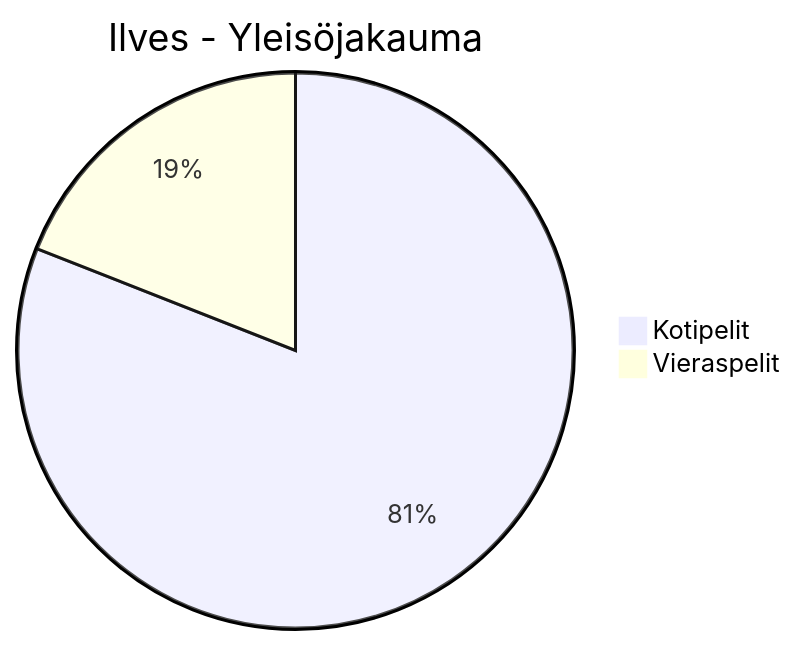
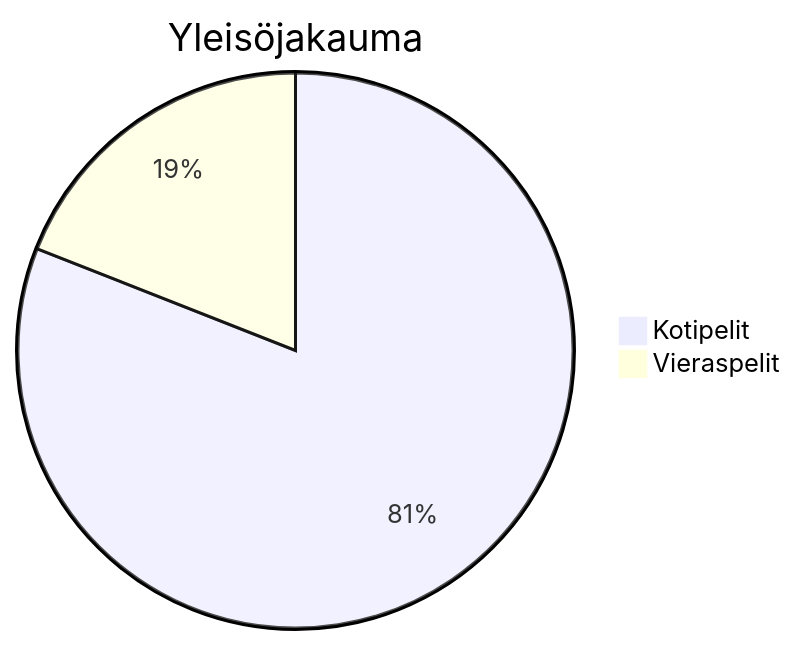
Diagram 18 of 27 in Yleisö2025.md (Linux88888/Veikkausliiga2025), drawn with Mermaid before and after one commit. The commit also changed other lines of this file, not shown here.

````diff
--- a/Yleisö2025.md
+++ b/Yleisö2025.md
@@ -168,5 +166,5 @@
 ```mermaid
-pie title Ilves - Yleisöjakauma
+pie title Yleisöjakauma
     "Kotipelit" : 11553
     "Vieraspelit" : 2715
 ```
````
